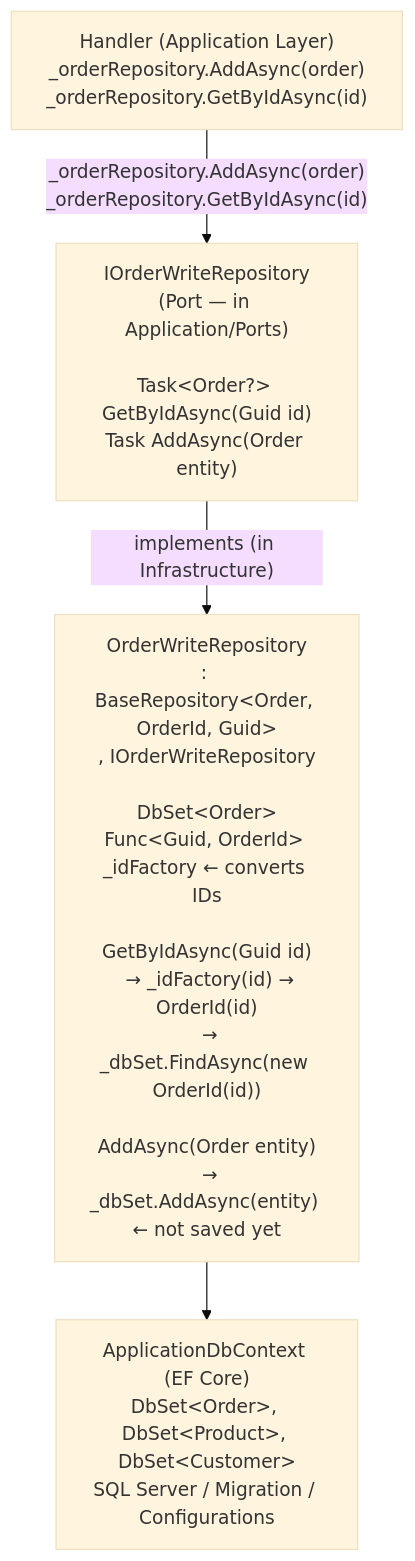
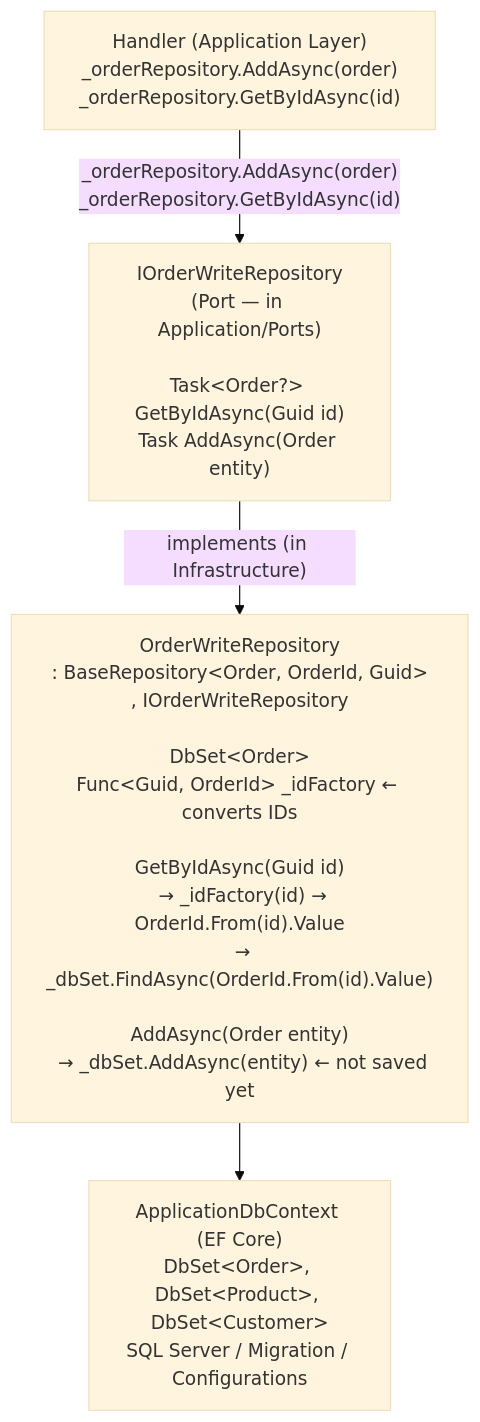
The second of 2 diagrams in docs/SoftwareLearningGuide.Application/README.Pattern.Repository.en.md (AcoranGonzalezMoray/SoftwareLearningGuide), drawn with Mermaid (base theme) before and after one commit. The commit also changed other lines of this file and 22 other files, not shown here.

````diff
--- a/docs/SoftwareLearningGuide.Application/README.Pattern.Repository.en.md
+++ b/docs/SoftwareLearningGuide.Application/README.Pattern.Repository.en.md
@@ -251,11 +251,11 @@
 ```mermaid
 graph TD
     Handler["Handler (Application Layer)<br/>_orderRepository.AddAsync(order)<br/>_orderRepository.GetByIdAsync(id)"]
     Port["IOrderWriteRepository<br/>(Port — in Application/Ports)<br/><br/>Task&lt;Order?&gt; GetByIdAsync(Guid id)<br/>Task AddAsync(Order entity)"]
-    Impl["OrderWriteRepository<br/>: BaseRepository&lt;Order, OrderId, Guid&gt;<br/>, IOrderWriteRepository<br/><br/>DbSet&lt;Order&gt;<br/>Func&lt;Guid, OrderId&gt; _idFactory ← converts IDs<br/><br/>GetByIdAsync(Guid id)<br/>  → _idFactory(id) → OrderId(id)<br/>  → _dbSet.FindAsync(new OrderId(id))<br/><br/>AddAsync(Order entity)<br/>  → _dbSet.AddAsync(entity) ← not saved yet"]
+    Impl["OrderWriteRepository<br/>: BaseRepository&lt;Order, OrderId, Guid&gt;<br/>, IOrderWriteRepository<br/><br/>DbSet&lt;Order&gt;<br/>Func&lt;Guid, OrderId&gt; _idFactory ← converts IDs<br/><br/>GetByIdAsync(Guid id)<br/>  → _idFactory(id) → OrderId.From(id).Value<br/>  → _dbSet.FindAsync(OrderId.From(id).Value)<br/><br/>AddAsync(Order entity)<br/>  → _dbSet.AddAsync(entity) ← not saved yet"]
     DbContext["ApplicationDbContext (EF Core)<br/>DbSet&lt;Order&gt;, DbSet&lt;Product&gt;, DbSet&lt;Customer&gt;<br/>SQL Server / Migration / Configurations"]
 
     Handler -->|"_orderRepository.AddAsync(order)<br/>_orderRepository.GetByIdAsync(id)"| Port
     Port -->|"implements (in Infrastructure)"| Impl
     Impl --> DbContext
 ```
````
